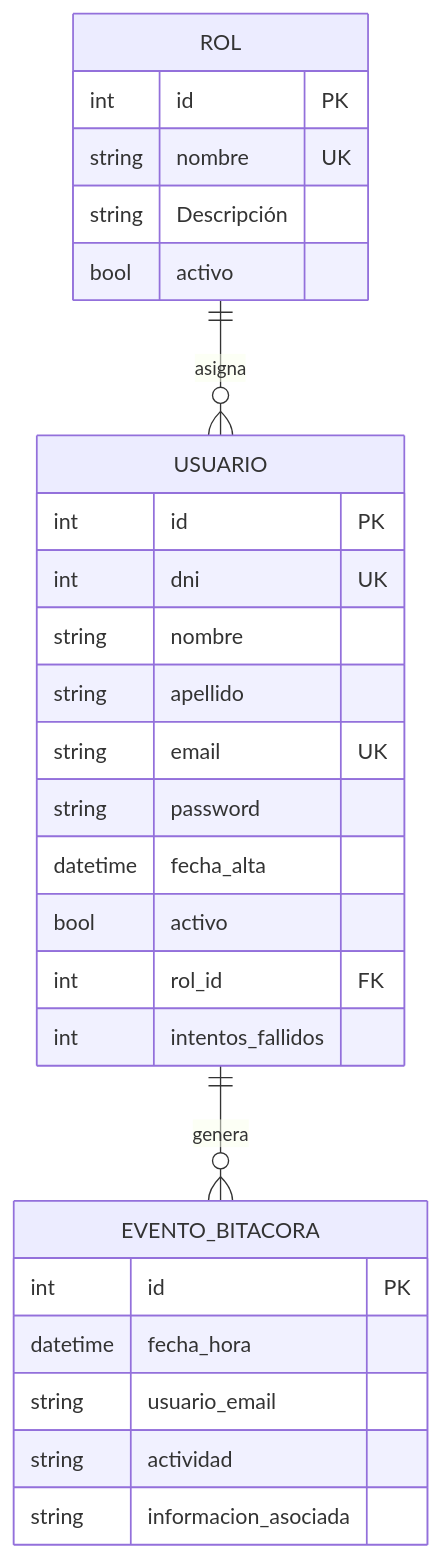
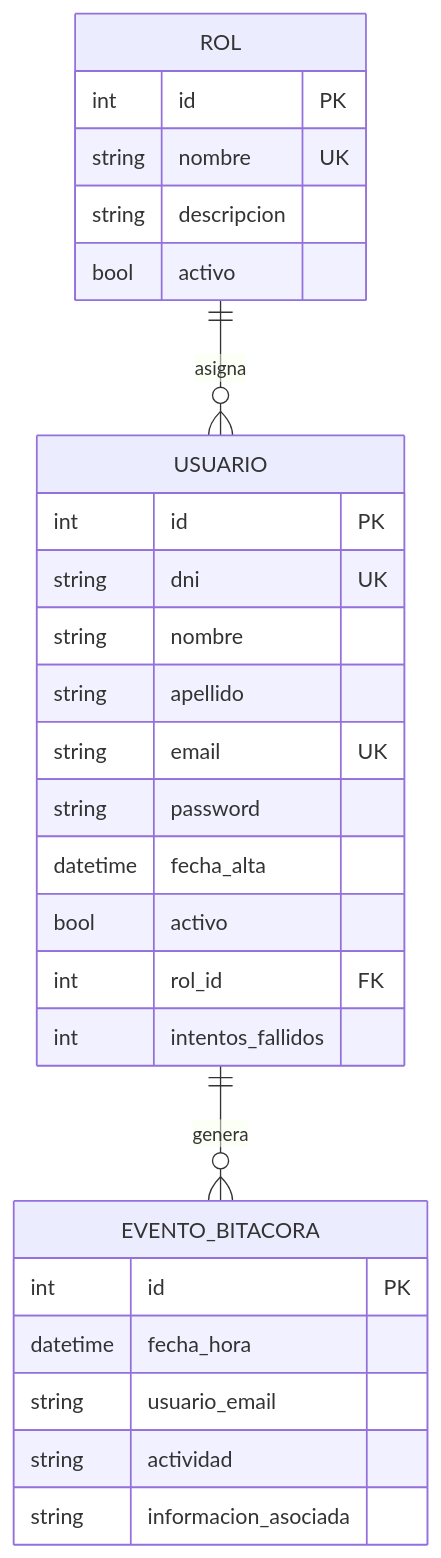
One commit to condenl/Trabajo-Practico-Final changed the fourth of 16 diagrams in Documentacion/Carpeta_Documentacion.md. Above: the diagram before and after it, drawn with Mermaid. The commit also changed other lines of this file and 9 other files, not shown here.

````diff
--- a/Documentacion/Carpeta_Documentacion.md
+++ b/Documentacion/Carpeta_Documentacion.md
@@ -835,33 +835,33 @@
 ```mermaid
 erDiagram
     ROL ||--o{ USUARIO : "asigna"
     USUARIO ||--o{ EVENTO_BITACORA : "genera"
 
     ROL {
         int id PK
         string nombre UK
-        string Descripción
+        string descripcion
         bool activo
     }
 
     USUARIO {
         int id PK
-        int dni UK
+        string dni UK
         string nombre
         string apellido
         string email UK
         string password
         datetime fecha_alta
         bool activo
         int rol_id FK
         int intentos_fallidos
     }
 
     EVENTO_BITACORA {
         int id PK
         datetime fecha_hora
         string usuario_email
         string actividad
         string informacion_asociada
     }
 ```
````
